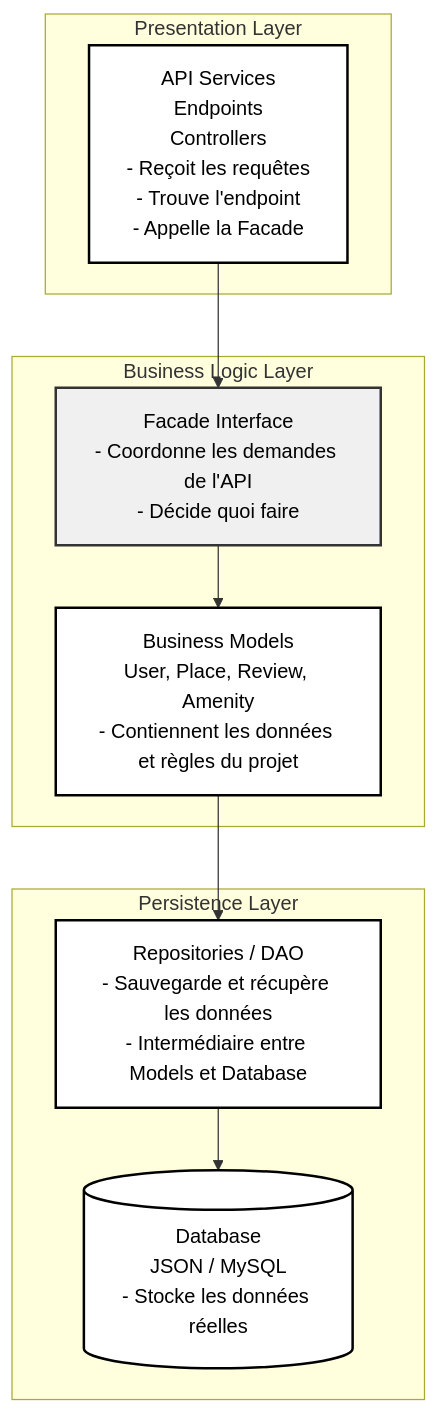
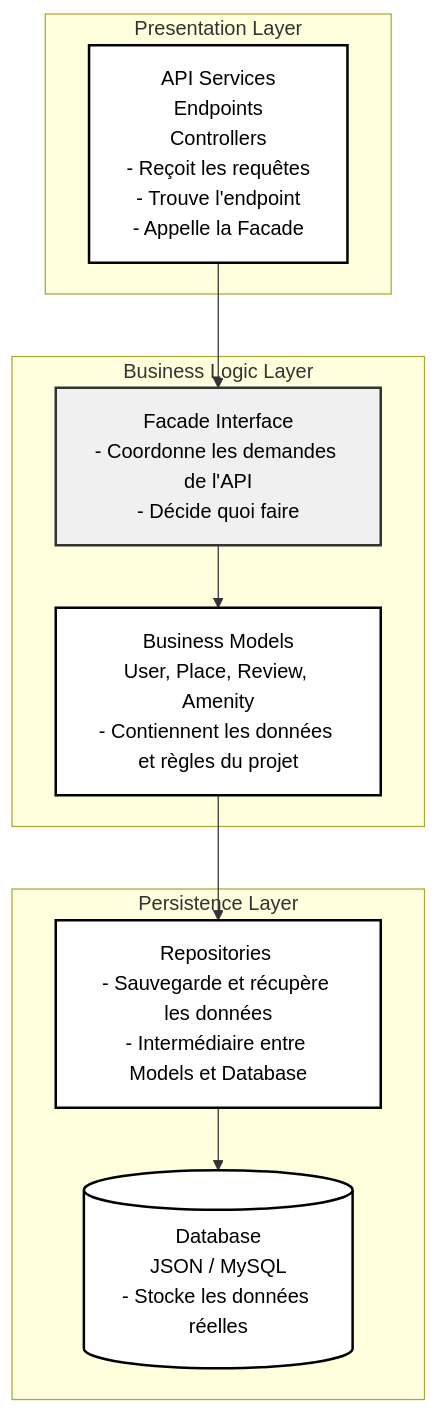
The diagram in part1/task0/task0.mmd (maxim880000/holbertonschool-hbnb), drawn with Mermaid before and after one commit.

Commit message:
delete somes content on diagram

```diff
--- a/part1/task0/task0.mmd
+++ b/part1/task0/task0.mmd
@@ -1,29 +1,29 @@
 flowchart TD
     %% Couche de Présentation
     subgraph "Presentation Layer"
         A["API Services<br/>Endpoints<br/>Controllers<br/>- Reçoit les requêtes<br/>- Trouve l'endpoint<br/>- Appelle la Facade"]
     end
 
     %% Couche Logique Métier
     subgraph "Business Logic Layer"
         F["Facade Interface<br/>- Coordonne les demandes de l'API<br/>- Décide quoi faire"]
         B["Business Models<br/>User, Place, Review, Amenity<br/>- Contiennent les données et règles du projet"]
     end
 
     %% Couche Persistance
     subgraph "Persistence Layer"
-        C["Repositories / DAO<br/>- Sauvegarde et récupère les données<br/>- Intermédiaire entre Models et Database"]
+        C["Repositories <br/>- Sauvegarde et récupère les données<br/>- Intermédiaire entre Models et Database"]
         D[("Database<br/>JSON / MySQL<br/>- Stocke les données réelles")]
     end
 
     %% Connexions
     A --> F
     F --> B
     B --> C
     C --> D
 
     %% Styles
     classDef layer fill:#ffffff,stroke:#000,stroke-width:2px,color:#000
     classDef facade fill:#f0f0f0,stroke:#333,stroke-width:2px,color:#000
     class A,B,C,D layer
     class F facade
```
